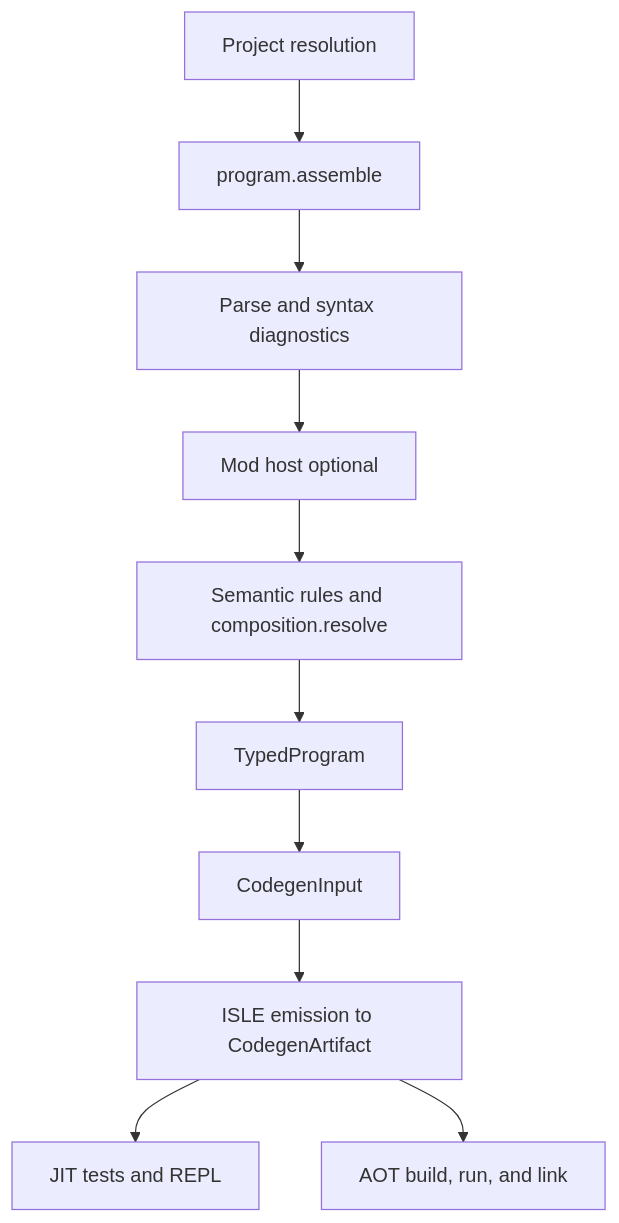
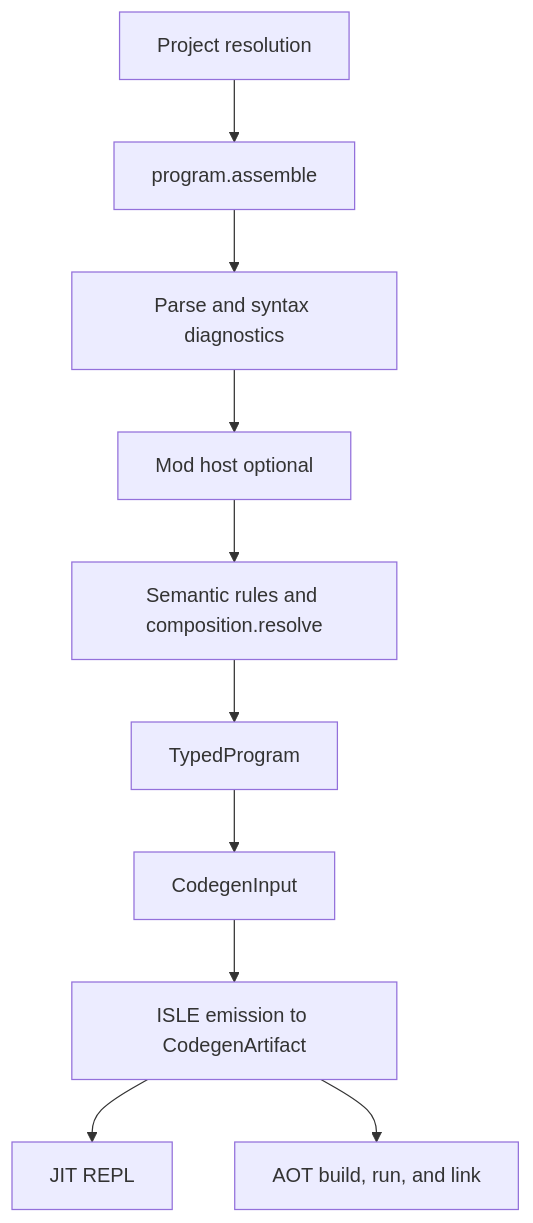
One commit to Cyber-Nomad-Collective/beskid changed the diagram in site/website/src/content/docs/book/14-from-source-to-runs/pipeline-overview.md. Above: the diagram before and after it, drawn with Mermaid. The commit also changed other lines of this file and 176 other files, not shown here.

````diff
--- a/site/website/src/content/docs/book/14-from-source-to-runs/pipeline-overview.md
+++ b/site/website/src/content/docs/book/14-from-source-to-runs/pipeline-overview.md
@@ -9,18 +9,18 @@
 ```mermaid
 flowchart TB
   accTitle: Current compilation and execution pipeline
-  accDescr: Resolution and syntax produce a typed program, CodegenInput drives ISLE emission, and the result goes to AOT commands or the JIT test and REPL paths.
+  accDescr: Resolution and syntax produce a typed program, CodegenInput drives ISLE emission, and the result goes to AOT commands, including the native-process test runner, or to the JIT REPL.
   resolve[Project resolution]
   assemble[program.assemble]
   parse[Parse and syntax diagnostics]
   mods[Mod host optional]
   semantic[Semantic rules and composition.resolve]
   typed[TypedProgram]
   input[CodegenInput]
   isle[ISLE emission to CodegenArtifact]
-  jit[JIT tests and REPL]
+  jit[JIT REPL]
   aot[AOT build, run, and link]
   resolve --> assemble --> parse --> mods --> semantic --> typed --> input --> isle
   isle --> jit
   isle --> aot
 ```
````
